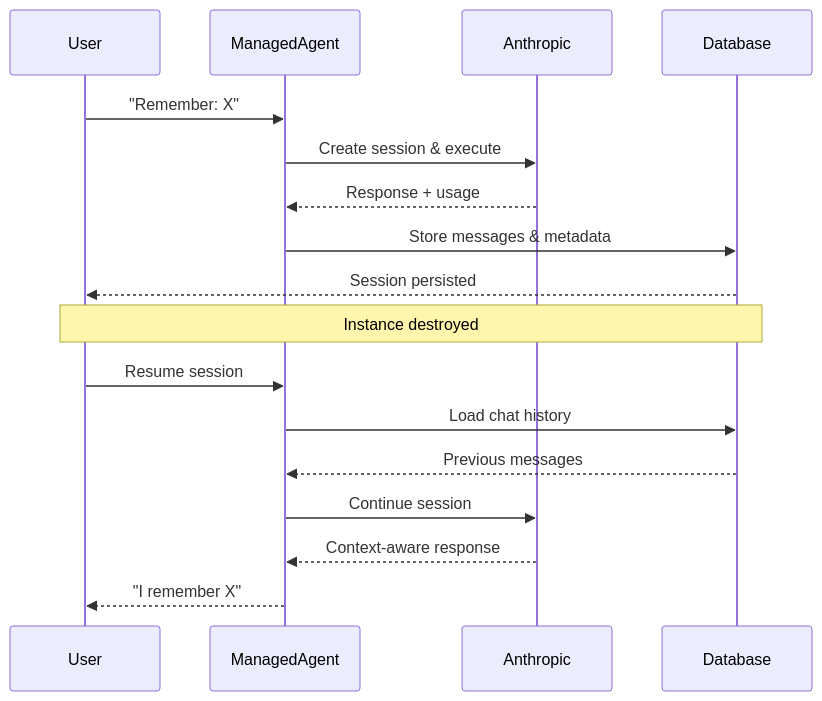
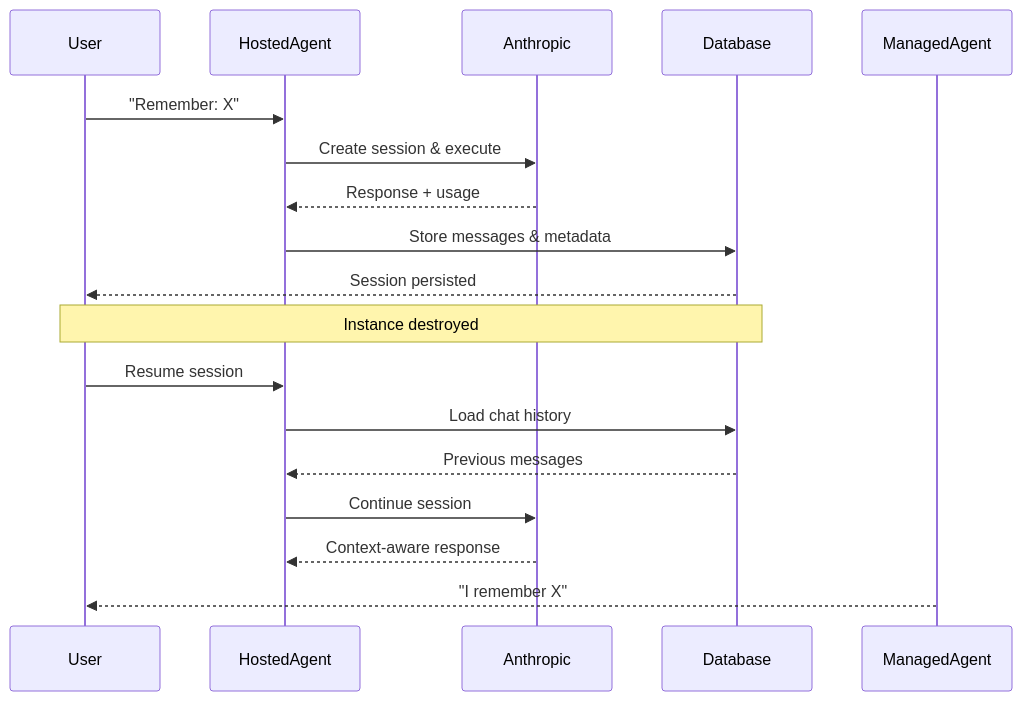
Before and after one commit to MervinPraison/PraisonAIDocs: the second of 2 diagrams in docs/features/managed-agent-persistence.mdx, drawn with Mermaid. The commit also changed other lines of this file and 5 other files, not shown here.

First line of the commit message:
docs(features): add HostedAgent + LocalAgent pages, update ManagedAgent references

````diff
--- a/docs/features/managed-agent-persistence.mdx
+++ b/docs/features/managed-agent-persistence.mdx
@@ -77,22 +81,22 @@
 ```mermaid
 sequenceDiagram
     participant User
-    participant ManagedAgent
+    participant HostedAgent
     participant Anthropic
     participant Database
     
-    User->>ManagedAgent: "Remember: X"
-    ManagedAgent->>Anthropic: Create session & execute
-    Anthropic-->>ManagedAgent: Response + usage
-    ManagedAgent->>Database: Store messages & metadata
+    User->>HostedAgent: "Remember: X"
+    HostedAgent->>Anthropic: Create session & execute
+    Anthropic-->>HostedAgent: Response + usage
+    HostedAgent->>Database: Store messages & metadata
     Database-->>User: Session persisted
     
     Note over User,Database: Instance destroyed
     
-    User->>ManagedAgent: Resume session
-    ManagedAgent->>Database: Load chat history
-    Database-->>ManagedAgent: Previous messages
-    ManagedAgent->>Anthropic: Continue session
-    Anthropic-->>ManagedAgent: Context-aware response
+    User->>HostedAgent: Resume session
+    HostedAgent->>Database: Load chat history
+    Database-->>HostedAgent: Previous messages
+    HostedAgent->>Anthropic: Continue session
+    Anthropic-->>HostedAgent: Context-aware response
     ManagedAgent-->>User: "I remember X"
 ```
````
